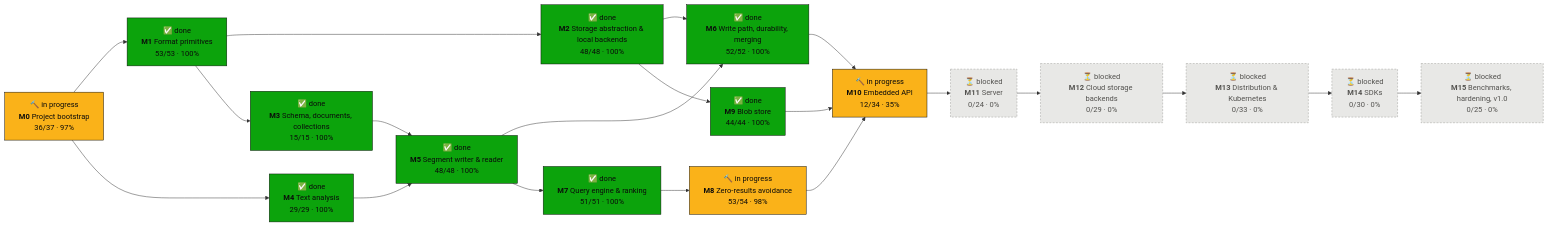
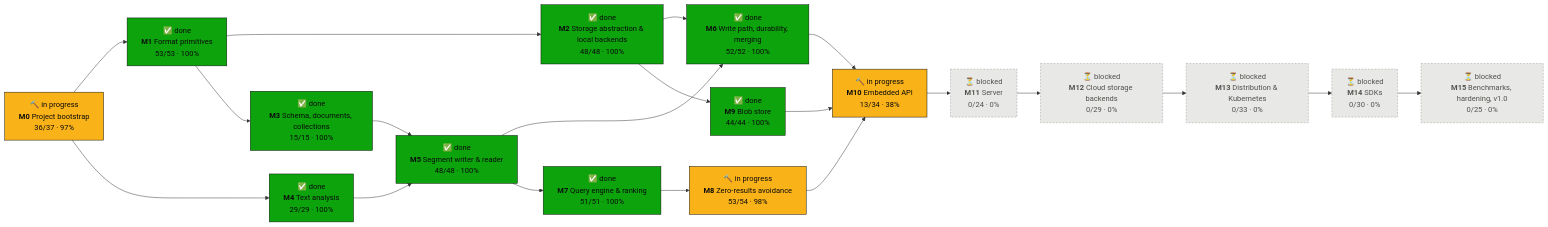
One commit to tomiok/persiaDB changed the first of 2 diagrams in PROGRESS.md. Above: the diagram before and after it, drawn with Mermaid. The commit also changed other lines of this file and 10 other files, not shown here.

````diff
--- a/PROGRESS.md
+++ b/PROGRESS.md
@@ -16,42 +16,42 @@
 ```mermaid
 flowchart LR
   M0["🔨 in progress<br/><b>M0</b> Project bootstrap<br/>36/37 · 97%"]:::doing
   M1["✅ done<br/><b>M1</b> Format primitives<br/>53/53 · 100%"]:::done
   M2["✅ done<br/><b>M2</b> Storage abstraction & local backends<br/>48/48 · 100%"]:::done
   M3["✅ done<br/><b>M3</b> Schema, documents, collections<br/>15/15 · 100%"]:::done
   M4["✅ done<br/><b>M4</b> Text analysis<br/>29/29 · 100%"]:::done
   M5["✅ done<br/><b>M5</b> Segment writer & reader<br/>48/48 · 100%"]:::done
   M6["✅ done<br/><b>M6</b> Write path, durability, merging<br/>52/52 · 100%"]:::done
   M7["✅ done<br/><b>M7</b> Query engine & ranking<br/>51/51 · 100%"]:::done
   M8["🔨 in progress<br/><b>M8</b> Zero-results avoidance<br/>53/54 · 98%"]:::doing
   M9["✅ done<br/><b>M9</b> Blob store<br/>44/44 · 100%"]:::done
-  M10["🔨 in progress<br/><b>M10</b> Embedded API<br/>12/34 · 35%"]:::doing
+  M10["🔨 in progress<br/><b>M10</b> Embedded API<br/>13/34 · 38%"]:::doing
   M11["⏳ blocked<br/><b>M11</b> Server<br/>0/24 · 0%"]:::blocked
   M12["⏳ blocked<br/><b>M12</b> Cloud storage backends<br/>0/29 · 0%"]:::blocked
   M13["⏳ blocked<br/><b>M13</b> Distribution & Kubernetes<br/>0/33 · 0%"]:::blocked
   M14["⏳ blocked<br/><b>M14</b> SDKs<br/>0/30 · 0%"]:::blocked
   M15["⏳ blocked<br/><b>M15</b> Benchmarks, hardening, v1.0<br/>0/25 · 0%"]:::blocked
   M0 --> M1
   M1 --> M2
   M1 --> M3
   M0 --> M4
   M3 --> M5
   M4 --> M5
   M2 --> M6
   M5 --> M6
   M5 --> M7
   M7 --> M8
   M2 --> M9
   M6 --> M10
   M8 --> M10
   M9 --> M10
   M10 --> M11
   M11 --> M12
   M12 --> M13
   M13 --> M14
   M14 --> M15
   classDef done fill:#0ca30c,stroke:#0b0b0b,color:#0b0b0b
   classDef doing fill:#fab219,stroke:#0b0b0b,color:#0b0b0b
   classDef ready fill:#fcfcfb,stroke:#0b0b0b,stroke-width:2px,color:#0b0b0b
   classDef blocked fill:#e8e8e6,stroke:#9a9a96,stroke-dasharray:4 3,color:#52514e
 ```
````
